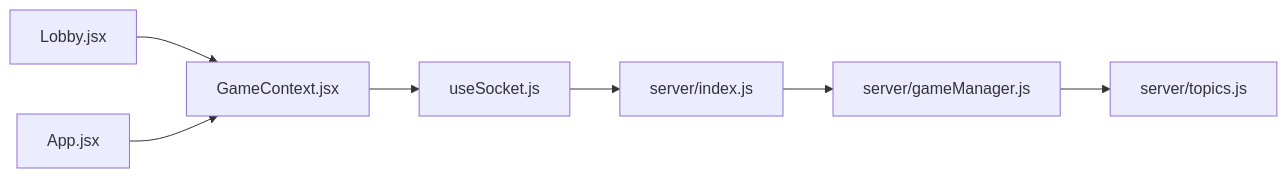
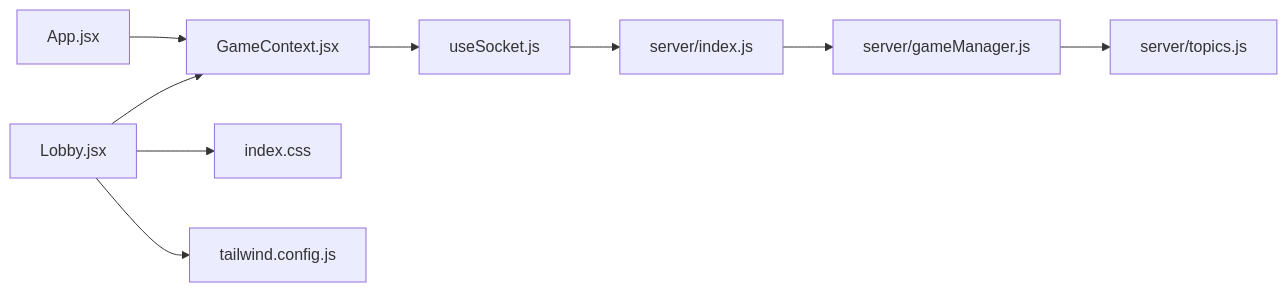
Before and after one commit to sparshgupta001/imposter_game: the sixth of 6 diagrams in .qoder/repowiki/en/content/Game Screens and UI Components/Lobby Screen.md, drawn with Mermaid. The commit also changed other lines of this file and 22 other files, not shown here.

````diff
--- a/.qoder/repowiki/en/content/Game Screens and UI Components/Lobby Screen.md
+++ b/.qoder/repowiki/en/content/Game Screens and UI Components/Lobby Screen.md
@@ -318,9 +397,11 @@
 ```mermaid
 graph LR
 L["Lobby.jsx"] --> GC["GameContext.jsx"]
 GC --> US["useSocket.js"]
 APP["App.jsx"] --> GC
 US --> SV["server/index.js"]
 SV --> GM["server/gameManager.js"]
 GM --> TOP["server/topics.js"]
+L --> CSS["index.css"]
+L --> TW["tailwind.config.js"]
 ```
````
